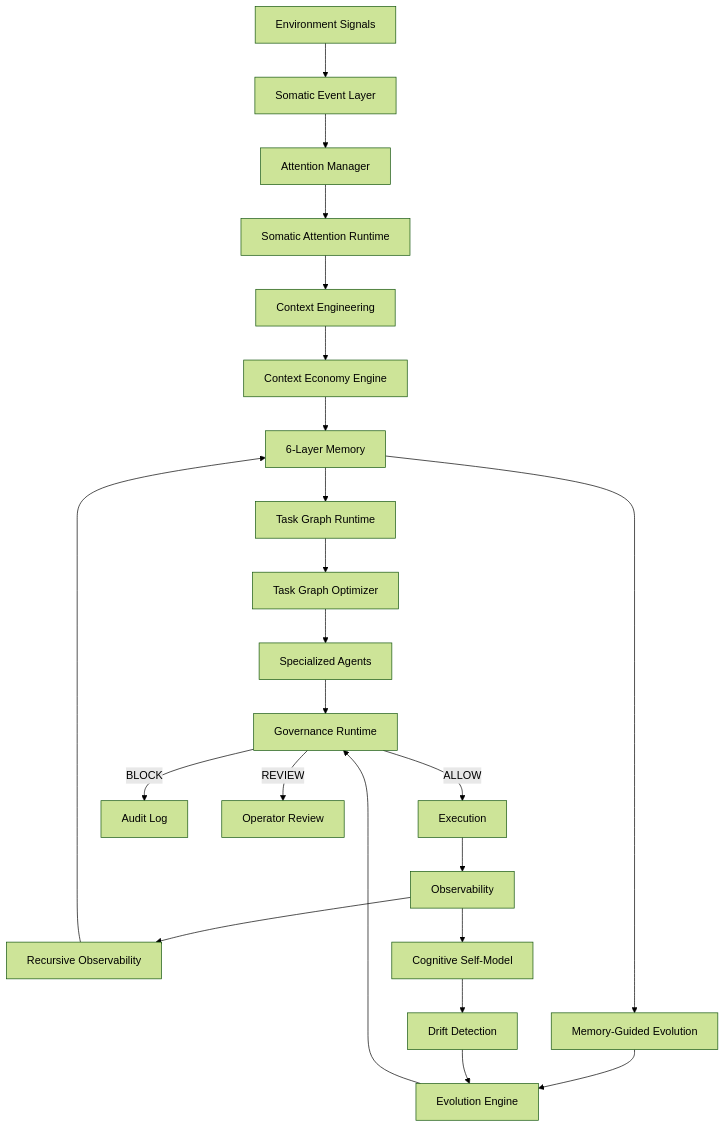
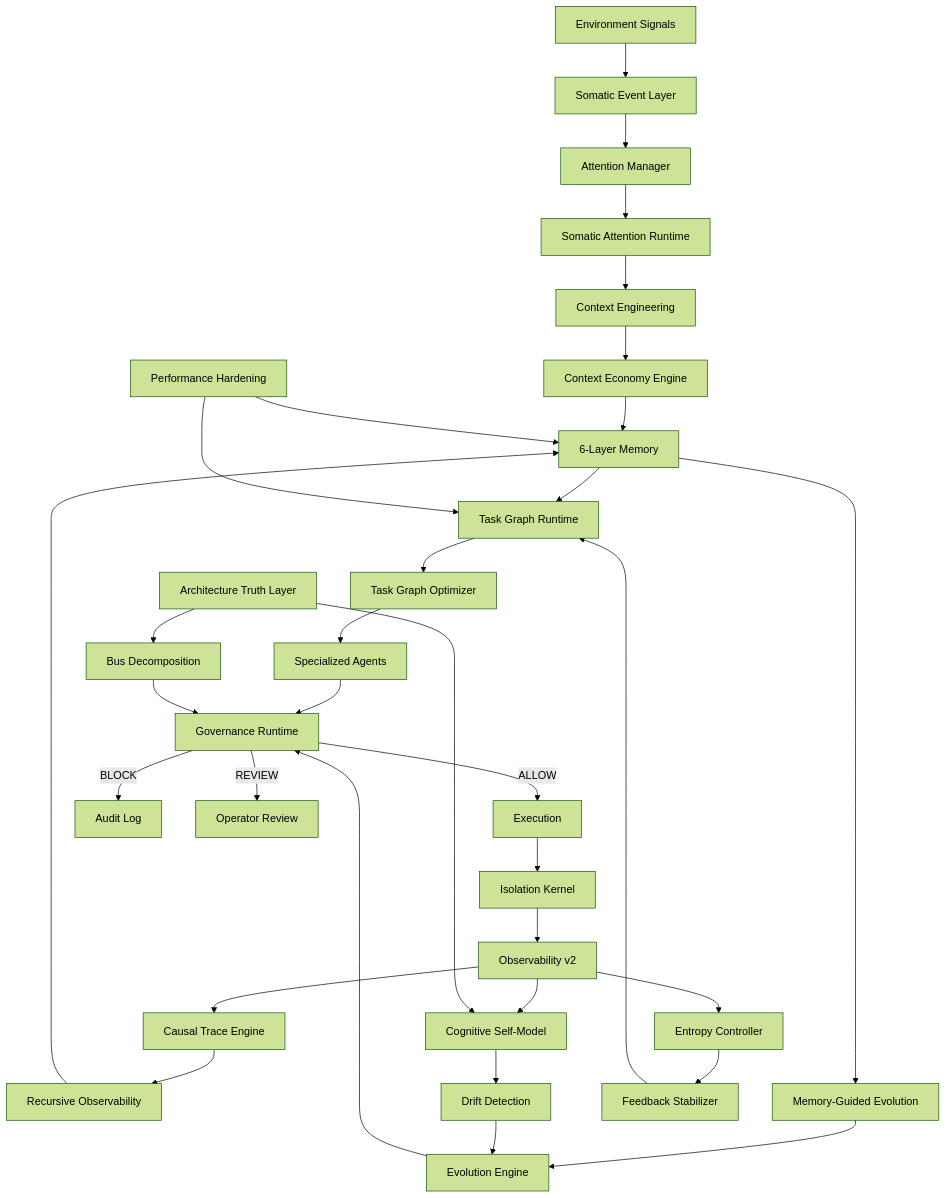
One commit to alicken-lai/ambient-somatic-intelligence changed the diagram in README.md. Above: the diagram before and after it, drawn with Mermaid (forest theme). The commit also changed other lines of this file and 95 other files, not shown here.

First line of the commit message:
feat: stabilize Ambient OS v0.3.1-alpha with 8-phase architecture hardening

````diff
--- a/README.md
+++ b/README.md
@@ -19,25 +19,38 @@
 ```mermaid
 flowchart TD
     ENV[Environment Signals] --> SM[Somatic Event Layer]
     SM --> ATT[Attention Manager]
     ATT --> SART[Somatic Attention Runtime]
     SART --> CTX[Context Engineering]
     CTX --> CE[Context Economy Engine]
     CE --> MEM[6-Layer Memory]
     MEM --> TG[Task Graph Runtime]
     TG --> TGO[Task Graph Optimizer]
     TGO --> AGT[Specialized Agents]
     AGT --> GOV[Governance Runtime]
     GOV -->|ALLOW| EXEC[Execution]
     GOV -->|BLOCK| AUDIT[Audit Log]
     GOV -->|REVIEW| OPS[Operator Review]
-    EXEC --> OBS[Observability]
-    OBS --> ROBS[Recursive Observability]
+    EXEC --> ISO[Isolation Kernel]
+    ISO --> OBS[Observability v2]
+    OBS --> CT[Causal Trace Engine]
+    CT --> ROBS[Recursive Observability]
     ROBS --> MEM
     MEM --> MEV[Memory-Guided Evolution]
     MEV --> EVO[Evolution Engine]
     EVO --> GOV
     CSM[Cognitive Self-Model] --> DRIFT[Drift Detection]
     DRIFT --> EVO
+
     OBS --> CSM
+    OBS --> ENT[Entropy Controller]
+    ENT --> DAMP[Feedback Stabilizer]
+    DAMP --> TG
+
+    ATL[Architecture Truth Layer] --> CSM
+    ATL --> BUS[Bus Decomposition]
+    BUS --> GOV
+
+    PERF[Performance Hardening] --> TG
+    PERF --> MEM
 ```
````
